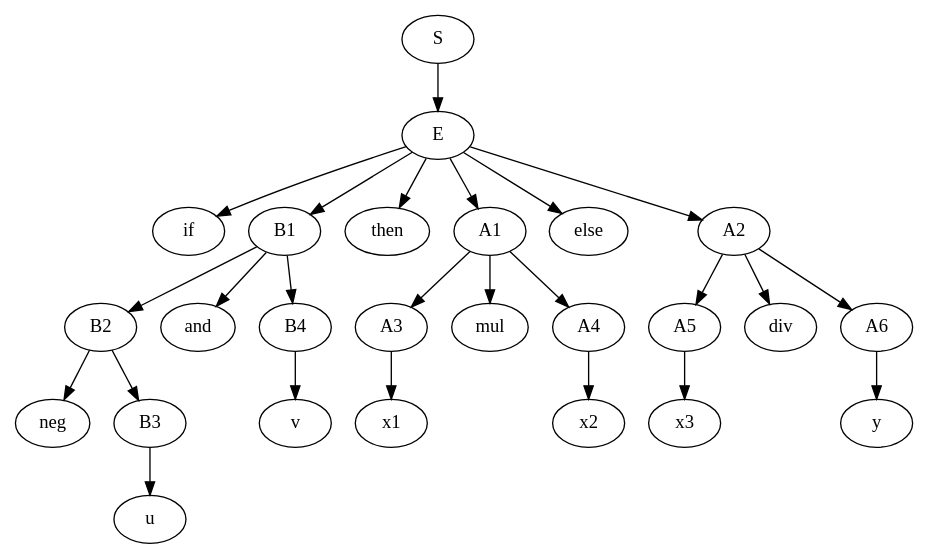
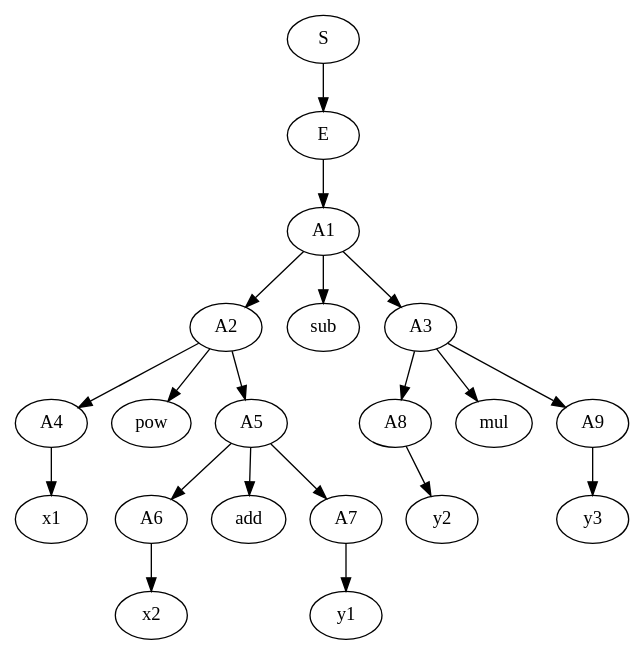
One commit to jonas-schmitt/thesis changed the diagram in gp_derivation_tree2.dot. Above: the diagram before and after it, drawn with Graphviz. The commit also changed 6 other files, not shown here.

```diff
--- a/gp_derivation_tree2.dot
+++ b/gp_derivation_tree2.dot
@@ -1,55 +1,46 @@
 digraph G {  
   ordering=in ;
   S[texlbl="$S$"];
   S -> E
   E[texlbl="$E$"];
-  E -> if
-  if[texlbl="if"];
-  E -> B1
-  B1[texlbl="$B$"]; 
-  B1 -> B2
-  B2[texlbl="$B$"]; 
-  B2 -> neg
-  neg[texlbl="$\neg$"]; 
-  B2 -> B3
-  B3[texlbl="B"]; 
-  B3 -> u 
-  u[texlbl="$u$"];
-  B1 -> and
-  and[texlbl="$\wedge$"]; 
-  B1 -> B4
-  B4[texlbl="$B$"]; 
-  B4 -> v 
-  v[texlbl="$v$"];
+  E->A1
+  A1[texlbl="$A$"];
+  A1->A2
+  A1->sub
+  A1->A3
+  A2[texlbl="$A$"];
+  sub[texlbl="$-$"];
+  A3[texlbl="$A$"];
 
-  E -> then
-  then[texlbl="then"];
-  E -> A1
-  A1[texlbl="$A$"]; 
-  E -> else
-  else[texlbl="else"];
-  E -> A2
-  A2[texlbl="$A$"]; 
+  A2->A4
+  A2->pow
+  pow[texlbl="pow"];
+  A2->A5
+  A5->A6
+  A5->add
+  add[texlbl="$+$"];
+  A5->A7
 
-  A1 -> A3
-  A3[texlbl="$A$"]; 
-  A1 -> mul
+  A3->A8
+  A3->mul
   mul[texlbl="$\cdot$"];
-  A1 -> A4
-  A4[texlbl="$A$"]; 
-  A3 -> x1
-  A4 -> x2
+  A3->A9
+  
+  A4[texlbl="$A$"];
+  A5[texlbl="$A$"];
+  A6[texlbl="$A$"];
+  A7[texlbl="$A$"];
+  A8[texlbl="$A$"];
+  A9[texlbl="$A$"];
+  A4->x1
+  A6->x2
+  A7->y1
+  A8->y2
+  A9->y3
+  
   x1[texlbl="$x$"];
   x2[texlbl="$x$"];
-
-  A2 -> A5
-  A5[texlbl="$A$"]; 
-  A2 -> div
-  div[texlbl="$/$"];
-  A2 -> A6
-  A6[texlbl="$A$"]; 
-  A5 -> x3
-  A6 -> y
-  x3[texlbl="$x$"];
-  y[texlbl="$y$"];
+  y1[texlbl="$y$"];
+  y2[texlbl="$y$"];
+  y3[texlbl="$y$"];
 }
```
